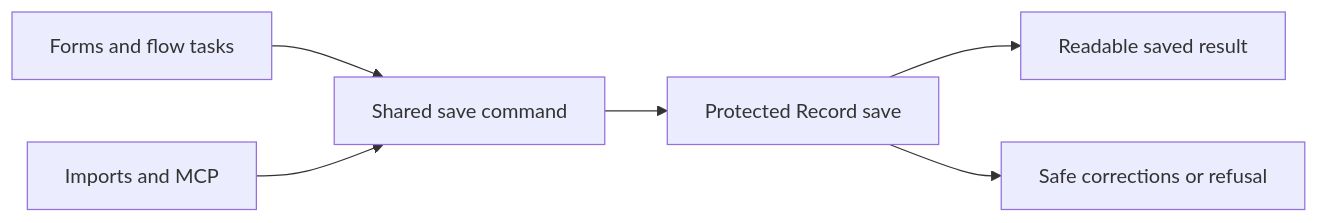
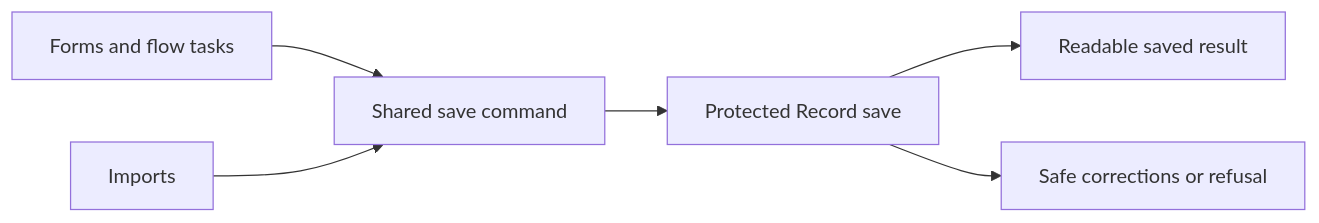
One commit to Abzum-NZ/Abzum-Vortex changed the seventh of 8 diagrams in docs/specification/appendices/data-contracts.md. Above: the diagram before and after it, drawn with Mermaid. The commit also changed other lines of this file and 50 other files, not shown here.

````diff
--- a/docs/specification/appendices/data-contracts.md
+++ b/docs/specification/appendices/data-contracts.md
@@ -611,8 +599,8 @@
 ```mermaid
 flowchart LR
     UI[Forms and flow tasks] --> C[Shared save command]
-    API[Imports and MCP] --> C
+    API[Imports] --> C
     C --> S[Protected Record save]
     S --> R[Readable saved result]
     S --> E[Safe corrections or refusal]
 ```
````
